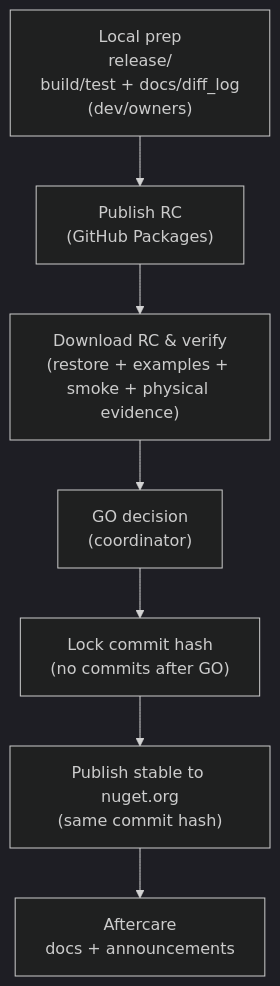
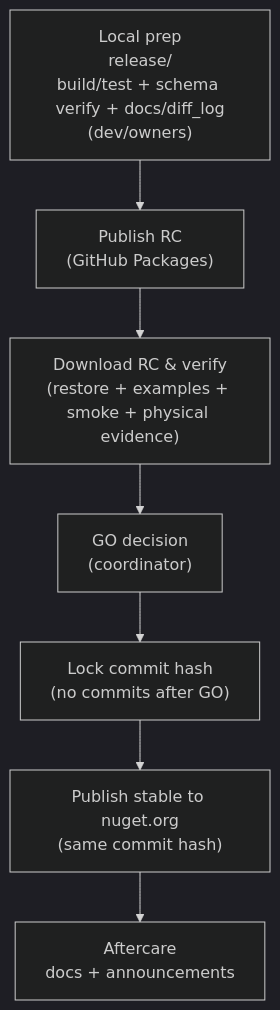
One commit to synthaicode/Kafka.Context changed the diagram in docs/workflows/release_roles_and_steps.md. Above: the diagram before and after it, drawn with Mermaid (dark theme). The commit also changed other lines of this file and 21 other files, not shown here.

Commit message:
Release 1.1.0: schema scaffold CLI

````diff
--- a/docs/workflows/release_roles_and_steps.md
+++ b/docs/workflows/release_roles_and_steps.md
@@ -15,9 +15,9 @@
 ```mermaid
 flowchart TD
-  A["Local prep<br/>release/<version><br/>build/test + docs/diff_log<br/>(dev/owners)"] --> B["Publish RC<br/>(GitHub Packages)"]
+  A["Local prep<br/>release/<version><br/>build/test + schema verify + docs/diff_log<br/>(dev/owners)"] --> B["Publish RC<br/>(GitHub Packages)"]
   B --> C["Download RC & verify<br/>(restore + examples + smoke + physical evidence)"]
   C --> D["GO decision<br/>(coordinator)"]
   D --> E["Lock commit hash<br/>(no commits after GO)"]
   E --> F["Publish stable to nuget.org<br/>(same commit hash)"]
   F --> G["Aftercare<br/>docs + announcements"]
 ```
````
